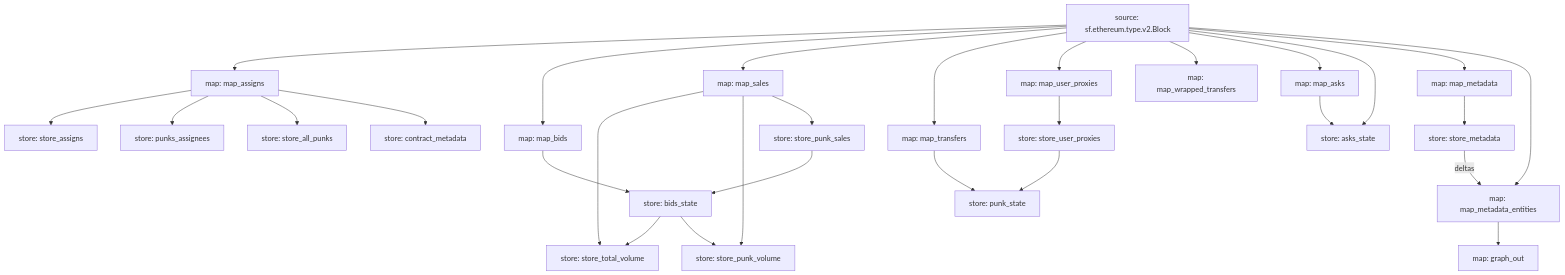
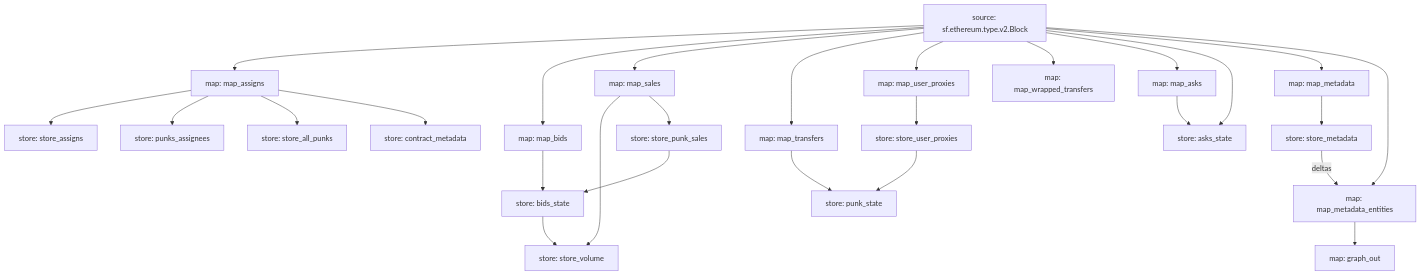
Before and after one commit to itsjerryokolo/cryptopunks_substreams: the diagram in README.md, drawn with Mermaid. The commit also changed 3 other files, not shown here.

````diff
--- a/README.md
+++ b/README.md
@@ -3,53 +3,50 @@
 ```mermaid
 graph TD;
   map_assigns[map: map_assigns]
   sf.ethereum.type.v2.Block[source: sf.ethereum.type.v2.Block] --> map_assigns
   store_assigns[store: store_assigns]
   map_assigns --> store_assigns
   punks_assignees[store: punks_assignees]
   map_assigns --> punks_assignees
   map_bids[map: map_bids]
   sf.ethereum.type.v2.Block[source: sf.ethereum.type.v2.Block] --> map_bids
   bids_state[store: bids_state]
   map_bids --> bids_state
   store_punk_sales --> bids_state
   store_all_punks[store: store_all_punks]
   map_assigns --> store_all_punks
-  store_total_volume[store: store_total_volume]
-  map_sales --> store_total_volume
-  bids_state --> store_total_volume
-  store_punk_volume[store: store_punk_volume]
-  map_sales --> store_punk_volume
-  bids_state --> store_punk_volume
+  store_volume[store: store_volume]
+  map_sales --> store_volume
+  bids_state --> store_volume
   store_punk_sales[store: store_punk_sales]
   map_sales --> store_punk_sales
   map_sales[map: map_sales]
   sf.ethereum.type.v2.Block[source: sf.ethereum.type.v2.Block] --> map_sales
   map_transfers[map: map_transfers]
   sf.ethereum.type.v2.Block[source: sf.ethereum.type.v2.Block] --> map_transfers
   punk_state[store: punk_state]
   map_transfers --> punk_state
   store_user_proxies --> punk_state
   map_user_proxies[map: map_user_proxies]
   sf.ethereum.type.v2.Block[source: sf.ethereum.type.v2.Block] --> map_user_proxies
   map_wrapped_transfers[map: map_wrapped_transfers]
   sf.ethereum.type.v2.Block[source: sf.ethereum.type.v2.Block] --> map_wrapped_transfers
   store_user_proxies[store: store_user_proxies]
   map_user_proxies --> store_user_proxies
   map_asks[map: map_asks]
   sf.ethereum.type.v2.Block[source: sf.ethereum.type.v2.Block] --> map_asks
   asks_state[store: asks_state]
   map_asks --> asks_state
   sf.ethereum.type.v2.Block[source: sf.ethereum.type.v2.Block] --> asks_state
   contract_metadata[store: contract_metadata]
   map_assigns --> contract_metadata
   map_metadata[map: map_metadata]
   sf.ethereum.type.v2.Block[source: sf.ethereum.type.v2.Block] --> map_metadata
   store_metadata[store: store_metadata]
   map_metadata --> store_metadata
   map_metadata_entities[map: map_metadata_entities]
   sf.ethereum.type.v2.Block[source: sf.ethereum.type.v2.Block] --> map_metadata_entities
   store_metadata -- deltas --> map_metadata_entities
   graph_out[map: graph_out]
   map_metadata_entities --> graph_out
 ```
````
